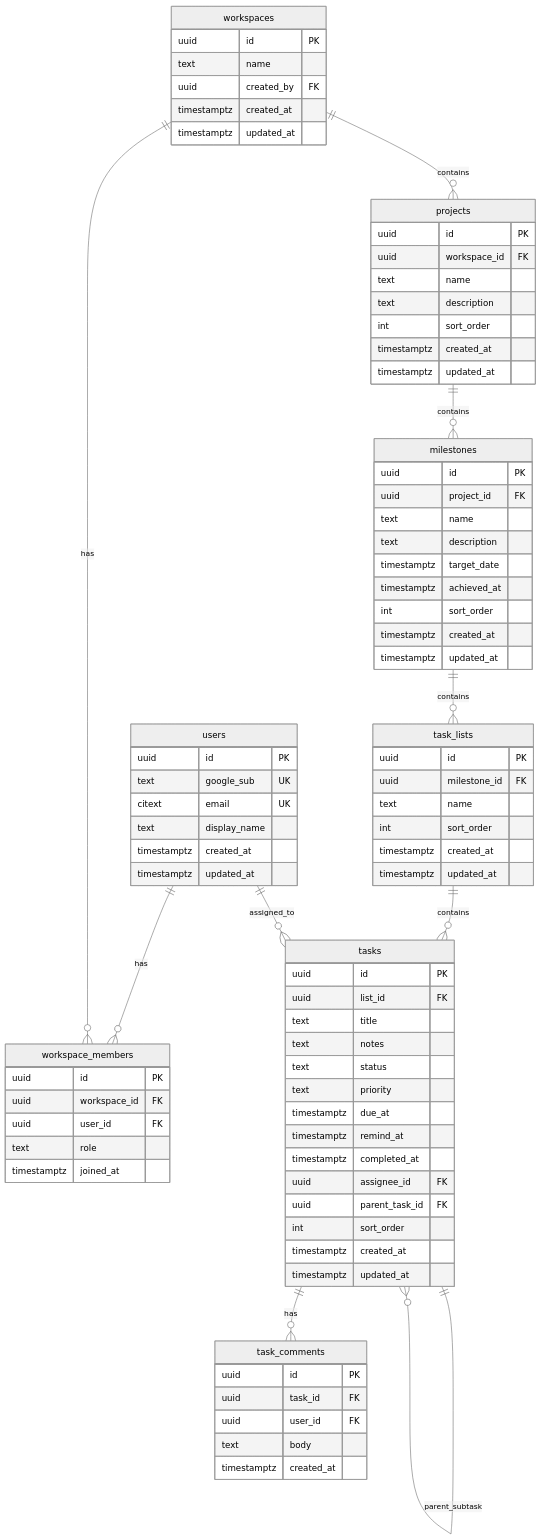
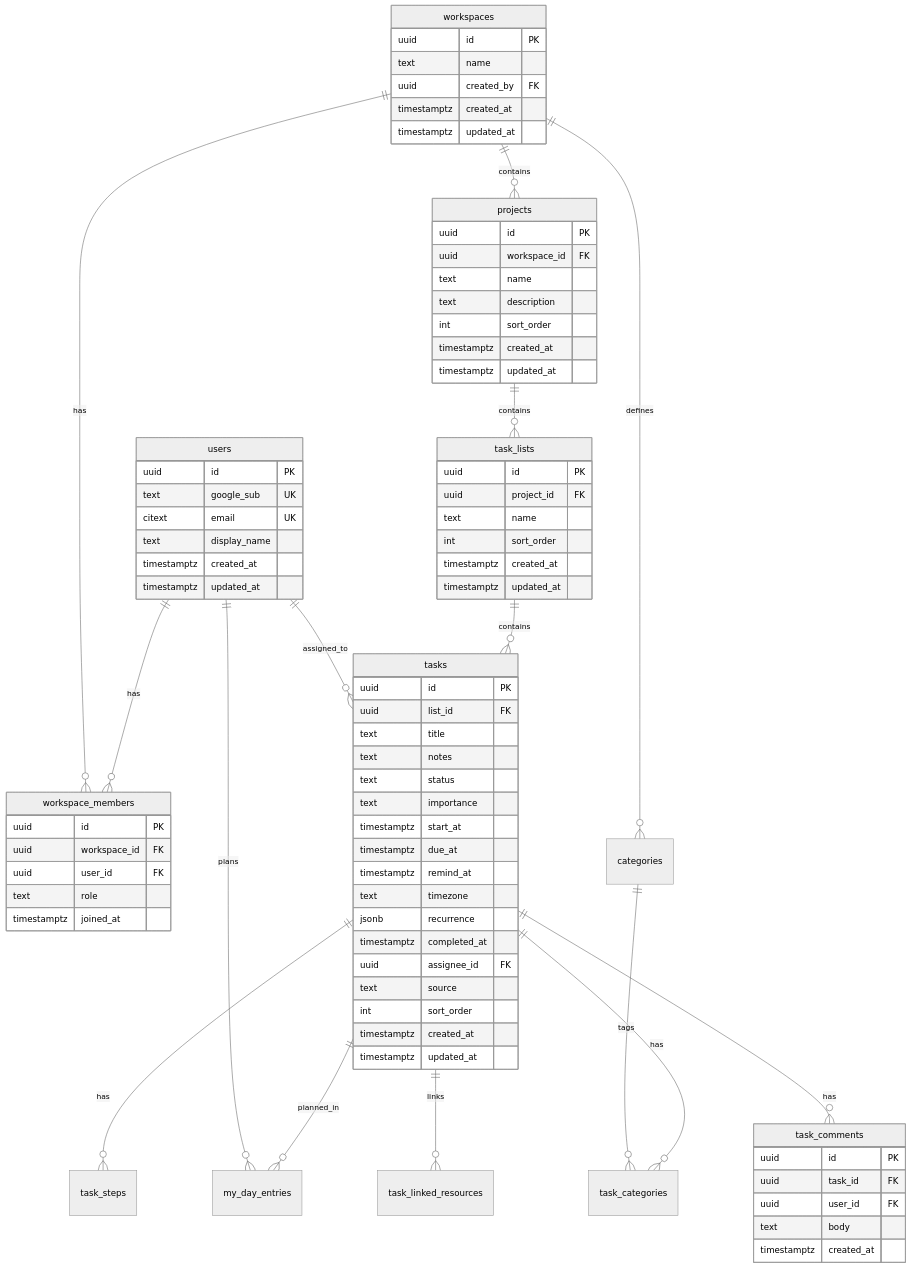
Before and after one commit to jorivan104-debug/DoTask: the first of 2 diagrams in docs/PLAN-CONSTITUTIVO.md, drawn with Mermaid (neutral theme). The commit also changed other lines of this file and 75 other files, not shown here.

```diff
--- a/docs/PLAN-CONSTITUTIVO.md
+++ b/docs/PLAN-CONSTITUTIVO.md
@@ -112,11 +112,16 @@
   users ||--o{ workspace_members : "has"
   workspaces ||--o{ workspace_members : "has"
   workspaces ||--o{ projects : "contains"
-  projects ||--o{ milestones : "contains"
-  milestones ||--o{ task_lists : "contains"
+  projects ||--o{ task_lists : "contains"
   task_lists ||--o{ tasks : "contains"
   users ||--o{ tasks : "assigned_to"
-  tasks ||--o{ tasks : "parent_subtask"
+  tasks ||--o{ task_steps : "has"
+  tasks ||--o{ task_categories : "has"
+  categories ||--o{ task_categories : "tags"
+  workspaces ||--o{ categories : "defines"
+  tasks ||--o{ task_linked_resources : "links"
+  tasks ||--o{ my_day_entries : "planned_in"
+  users ||--o{ my_day_entries : "plans"
   tasks ||--o{ task_comments : "has"
 
   users {
@@ -154,21 +159,9 @@
     timestamptz updated_at
   }
 
-  milestones {
+  task_lists {
     uuid id PK
     uuid project_id FK
-    text name
-    text description
-    timestamptz target_date
-    timestamptz achieved_at
-    int sort_order
-    timestamptz created_at
-    timestamptz updated_at
-  }
-
-  task_lists {
-    uuid id PK
-    uuid milestone_id FK
     text name
     int sort_order
     timestamptz created_at
@@ -181,12 +174,15 @@
     text title
     text notes
     text status
-    text priority
+    text importance
+    timestamptz start_at
     timestamptz due_at
     timestamptz remind_at
+    text timezone
+    jsonb recurrence
     timestamptz completed_at
     uuid assignee_id FK
-    uuid parent_task_id FK
+    text source
     int sort_order
     timestamptz created_at
     timestamptz updated_at
```
